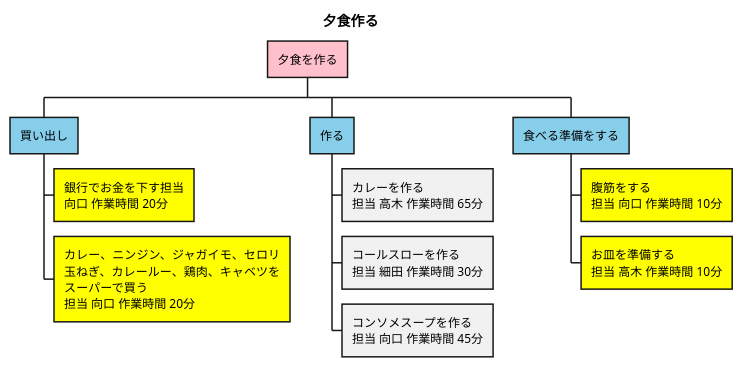
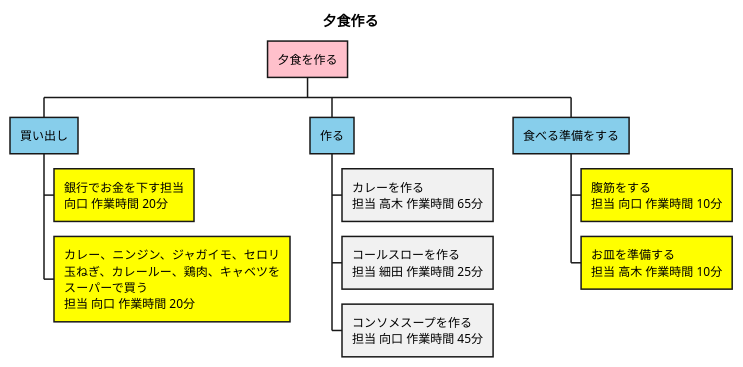
Before and after one commit to Morijyobi-guchi/dinner_project: the diagram in WBS_夕食をつくる.pu, drawn with PlantUML. The commit also changed 3 other files, not shown here.

Commit message:
コールスローのアクティビティ図

```diff
--- a/WBS_夕食をつくる.pu
+++ b/WBS_夕食をつくる.pu
@@ -1,14 +1,14 @@
 @startwbs dinnerを作る
 title 夕食作る 
 *[#Pink] 夕食を作る
 **[#SkyBlue] 買い出し
 ***[#Yellow] 銀行でお金を下す担当\n向口 作業時間 20分
 ***[#Yellow] カレー、ニンジン、ジャガイモ、セロリ\n玉ねぎ、カレールー、鶏肉、キャベツを\nスーパーで買う\n担当 向口 作業時間 20分
 **[#SkyBlue] 作る
 *** カレーを作る\n担当 高木 作業時間 65分
-*** コールスローを作る\n担当 細田 作業時間 30分
+*** コールスローを作る\n担当 細田 作業時間 25分
 *** コンソメスープを作る\n担当 向口 作業時間 45分
 **[#SkyBlue] 食べる準備をする
 ***[#Yellow] 腹筋をする\n担当 向口 作業時間 10分
 ***[#Yellow] お皿を準備する\n担当 高木 作業時間 10分
 @endwbs
```
